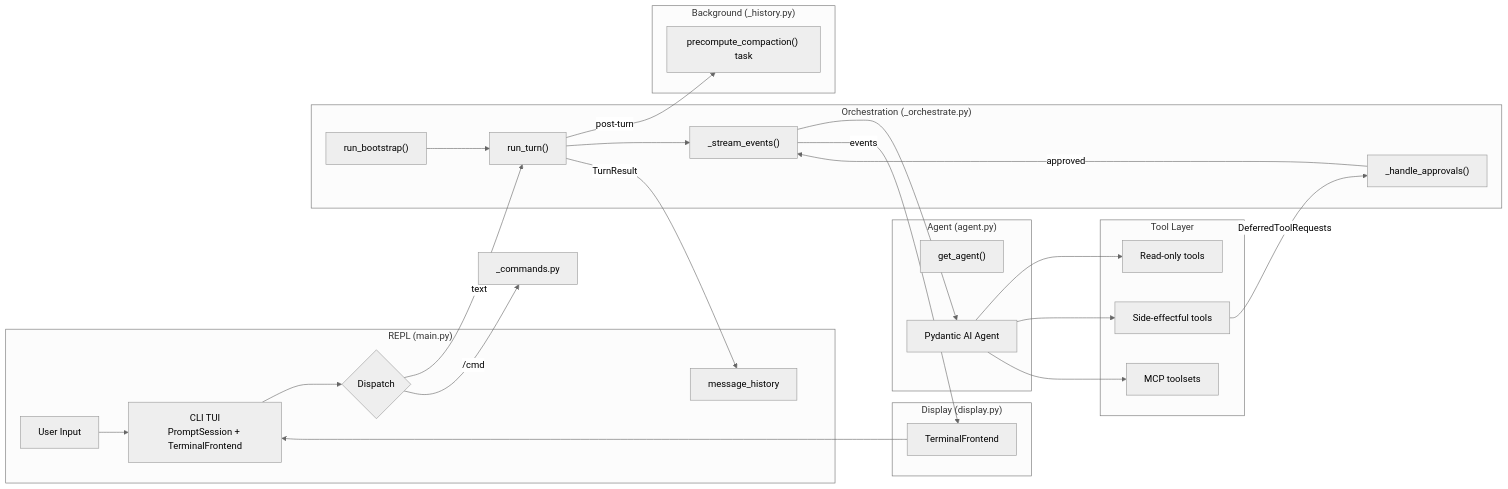
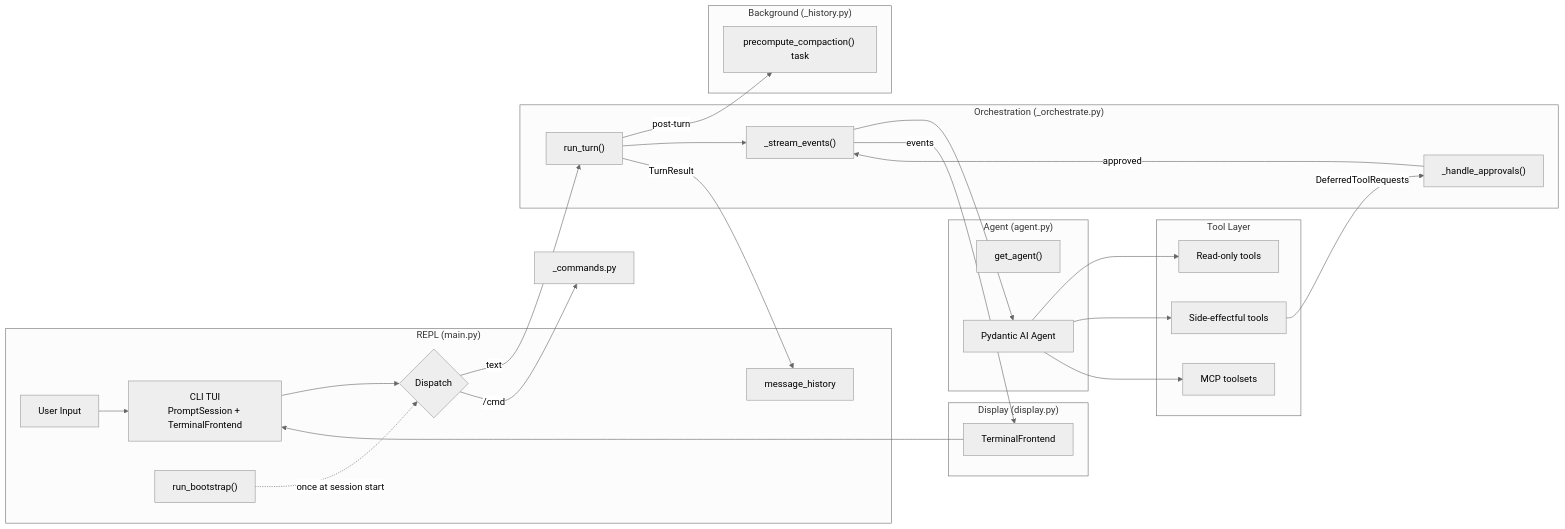
The second of 3 diagrams in docs/DESIGN-core.md (binlecode/co-cli), drawn with Mermaid (neutral theme) before and after one commit. The commit also changed other lines of this file and 141 other files, not shown here.

````diff
--- a/docs/DESIGN-core.md
+++ b/docs/DESIGN-core.md
@@ -102,52 +97,52 @@
 ```mermaid
 graph LR
     subgraph REPL ["REPL (main.py)"]
         Input[User Input]
         CliTui[CLI TUI<br/>PromptSession + TerminalFrontend]
+        Bootstrap["run_bootstrap()"]
         Dispatch{Dispatch}
         History[message_history]
     end
 
     subgraph Orchestration ["Orchestration (_orchestrate.py)"]
         RunTurn["run_turn()"]
         Stream["_stream_events()"]
         Approve["_handle_approvals()"]
-        Bootstrap["run_bootstrap()"]
     end
 
     subgraph Agent ["Agent (agent.py)"]
         Factory["get_agent()"]
         PydanticAgent[Pydantic AI Agent]
     end
 
     subgraph Display ["Display (display.py)"]
         Frontend[TerminalFrontend]
     end
 
     subgraph Background ["Background (_history.py)"]
         Precompact["precompute_compaction() task"]
     end
 
     subgraph Tools ["Tool Layer"]
         ReadOnly[Read-only tools]
         SideEffect[Side-effectful tools]
         MCP[MCP toolsets]
     end
 
     Input --> CliTui
     CliTui --> Dispatch
+    Bootstrap -.->|once at session start| Dispatch
     Dispatch -->|text| RunTurn
     Dispatch -->|/cmd| SlashCmd[_commands.py]
     RunTurn -->|post-turn| Precompact
-    Bootstrap --> RunTurn
     RunTurn --> Stream
     Stream --> PydanticAgent
     PydanticAgent --> ReadOnly
     PydanticAgent --> SideEffect
     PydanticAgent --> MCP
     SideEffect -->|DeferredToolRequests| Approve
     Approve -->|approved| Stream
     Stream -->|events| Frontend
     Frontend --> CliTui
     RunTurn -->|TurnResult| History
 ```
````
